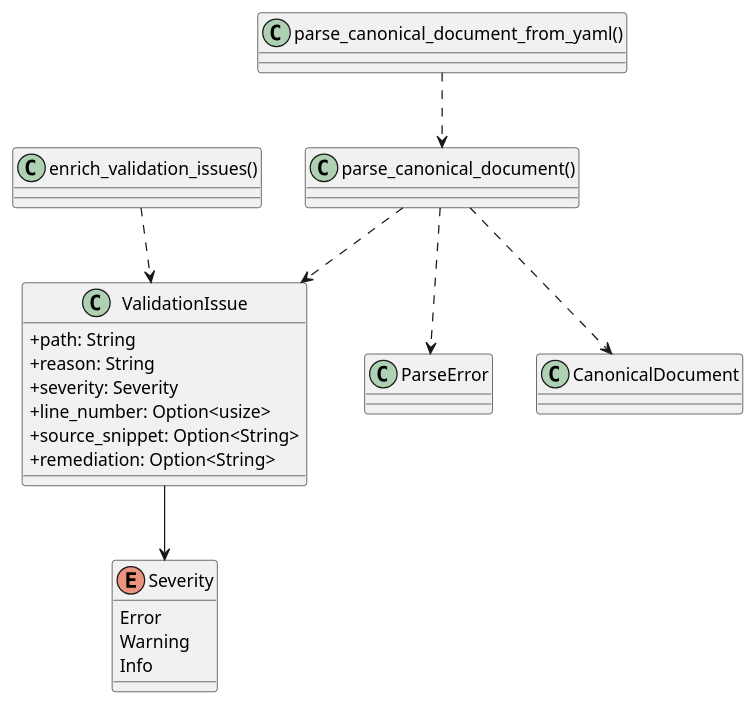
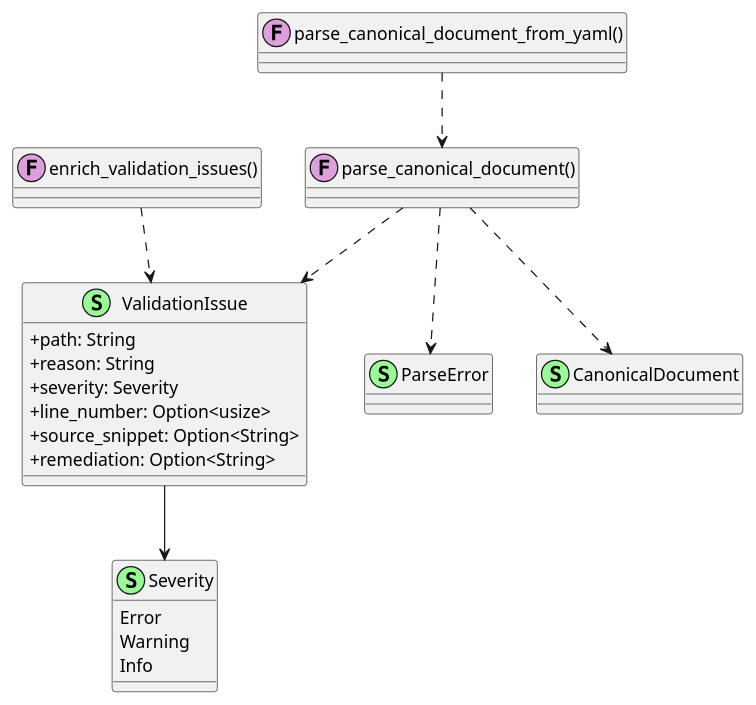
The second of 4 diagrams in doc/dev/architecture/design/vm-spec-parsing-validation.md (hurenkam/ezkvm), drawn with PlantUML before and after one commit. The commit also changed other lines of this file and 3 other files, not shown here.

Commit message:
improved class diagrams

````diff
--- a/doc/dev/architecture/design/vm-spec-parsing-validation.md
+++ b/doc/dev/architecture/design/vm-spec-parsing-validation.md
@@ -87,36 +87,36 @@
 ```plantuml
 @startuml
 skinparam classAttributeIconSize 0
 
-enum Severity {
+enum Severity << (S,#98FB98) >> {
   Error
   Warning
   Info
 }
 
-class ValidationIssue {
+class ValidationIssue << (S,#98FB98) >> {
   +path: String
   +reason: String
   +severity: Severity
   +line_number: Option<usize>
   +source_snippet: Option<String>
   +remediation: Option<String>
 }
 
-class ParseError {
+class ParseError << (S,#98FB98) >> {
 }
 
-class CanonicalDocument
+class CanonicalDocument << (S,#98FB98) >>
 
-class "parse_canonical_document_from_yaml()" as ParseYaml
-class "parse_canonical_document()" as ParseValue
-class "enrich_validation_issues()" as Enrich
+class "parse_canonical_document_from_yaml()" as ParseYaml << (F,#DDA0DD) >>
+class "parse_canonical_document()" as ParseValue << (F,#DDA0DD) >>
+class "enrich_validation_issues()" as Enrich << (F,#DDA0DD) >>
 
 ParseYaml ..> ParseValue
 ParseValue ..> CanonicalDocument
 ParseValue ..> ValidationIssue
 ParseValue ..> ParseError
 Enrich ..> ValidationIssue
 ValidationIssue --> Severity
 @enduml
 ```
````
